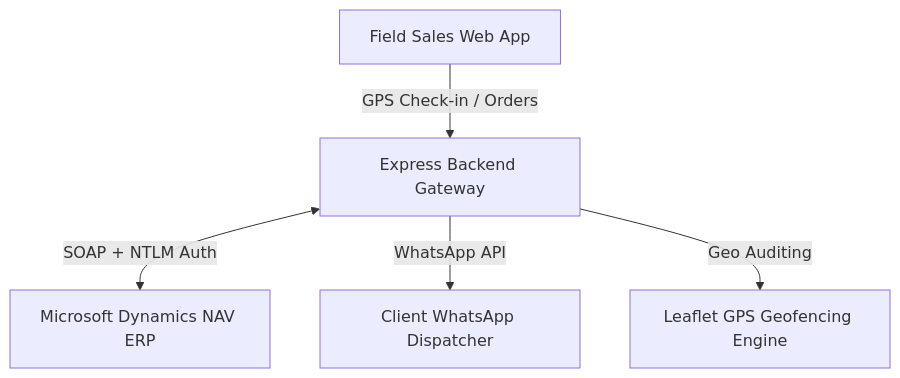
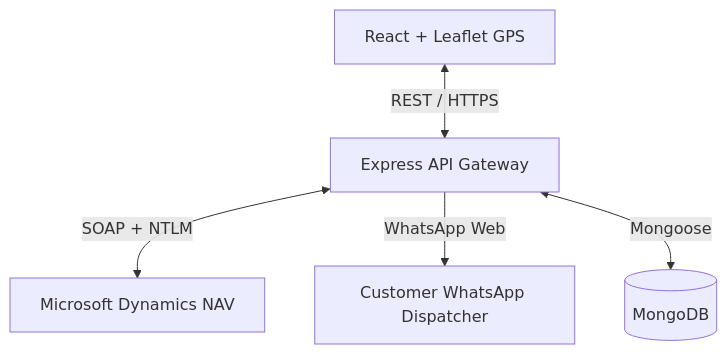
The third of 6 diagrams in README.md (Ham144/Ham144), drawn with Mermaid before and after one commit. The commit also changed other lines of this file and 14 other files, not shown here.

````diff
--- a/README.md
+++ b/README.md
@@ -125,7 +153,7 @@
 ```mermaid
 graph TD
-    MobileClient[Field Sales Web App] -->|GPS Check-in / Orders| Backend[Express Backend Gateway]
-    Backend <-->|SOAP + NTLM Auth| ERP[Microsoft Dynamics NAV ERP]
-    Backend -->|WhatsApp API| WA[Client WhatsApp Dispatcher]
-    Backend -->|Geo Auditing| Leaflet[Leaflet GPS Geofencing Engine]
+    Client[React + Leaflet GPS] <-->|REST / HTTPS| Backend[Express API Gateway]
+    Backend <-->|SOAP + NTLM| ERP[Microsoft Dynamics NAV]
+    Backend -->|WhatsApp Web| WA[Customer WhatsApp Dispatcher]
+    Backend <-->|Mongoose| DB[(MongoDB)]
 ```
````
